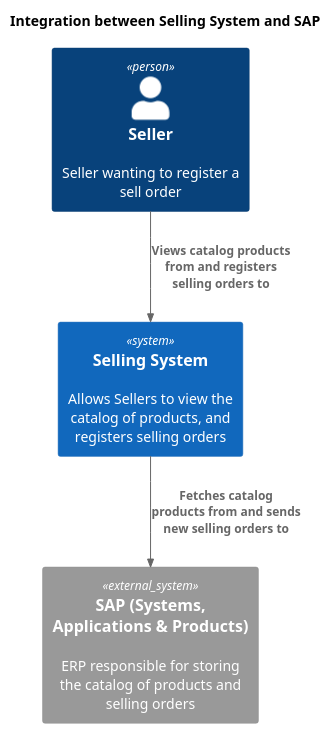
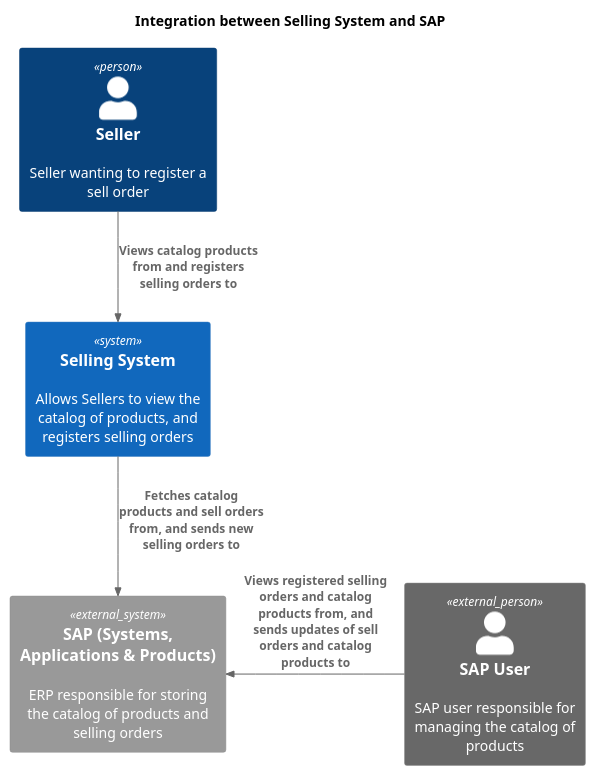
Before and after one commit to guilherme-vp/selling-project-c4-diagram: the diagram in c1.puml, drawn with PlantUML. The commit also changed 1 other file, not shown here.

Commit message:
add SAP user
include updates coming from SAP for Sell Orders

```diff
--- a/c1.puml
+++ b/c1.puml
@@ -1,15 +1,17 @@
 @startuml Components
 !include https://raw.githubusercontent.com/plantuml-stdlib/C4-PlantUML/master/C4_Container.puml
 
 title Integration between Selling System and SAP
 
 ' Entities
 Person(seller, "Seller", "Seller wanting to register a sell order")
 System(selling, "Selling System", "Allows Sellers to view the catalog of products, and registers selling orders")
 System_Ext(sap, "SAP (Systems, Applications & Products)", "ERP responsible for storing the catalog of products and selling orders")
+Person_Ext(sapUser, "SAP User", "SAP user responsible for managing the catalog of products")
 
 ' Relationships
 Rel(seller, selling, "Views catalog products from and registers selling orders to")
-Rel(selling, sap, "Fetches catalog products from and sends new selling orders to")
+Rel(selling, sap, "Fetches catalog products and sell orders from, and sends new selling orders to")
+Rel_L(sapUser, sap, "Views registered selling orders and catalog products from, and sends updates of sell orders and catalog products to")
 
 @enduml
```
